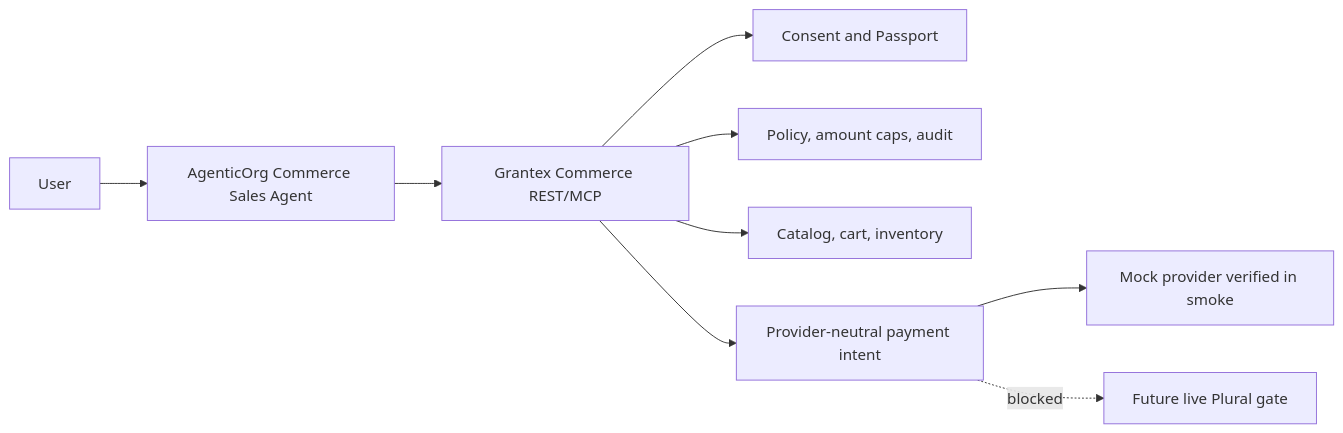
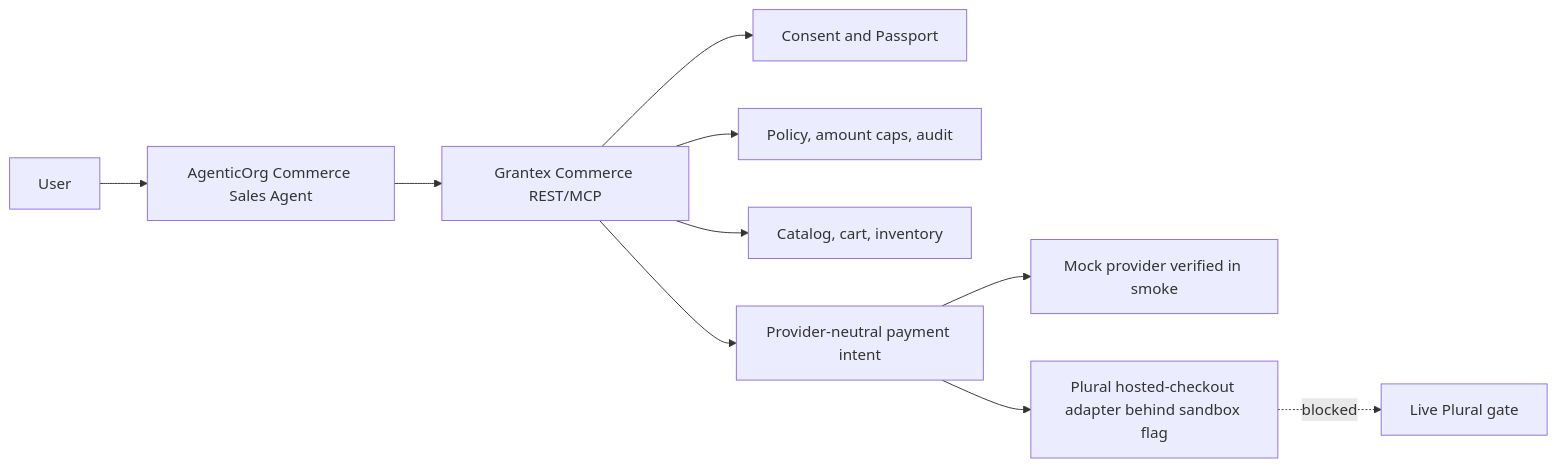
The diagram in README.md (mishrasanjeev/grantex), drawn with Mermaid before and after one commit. The commit also changed other lines of this file and 38 other files, not shown here.

````diff
--- a/README.md
+++ b/README.md
@@ -42,11 +42,12 @@
 ```mermaid
 flowchart LR
   user[User] --> agent[AgenticOrg Commerce Sales Agent]
   agent --> gx[Grantex Commerce REST/MCP]
   gx --> consent[Consent and Passport]
   gx --> policy[Policy, amount caps, audit]
   gx --> catalog[Catalog, cart, inventory]
   gx --> provider[Provider-neutral payment intent]
   provider --> mock[Mock provider verified in smoke]
-  provider -. blocked .-> plural[Future live Plural gate]
+  provider --> pluralSandbox[Plural hosted-checkout adapter behind sandbox flag]
+  pluralSandbox -. blocked .-> pluralLive[Live Plural gate]
 ```
````
